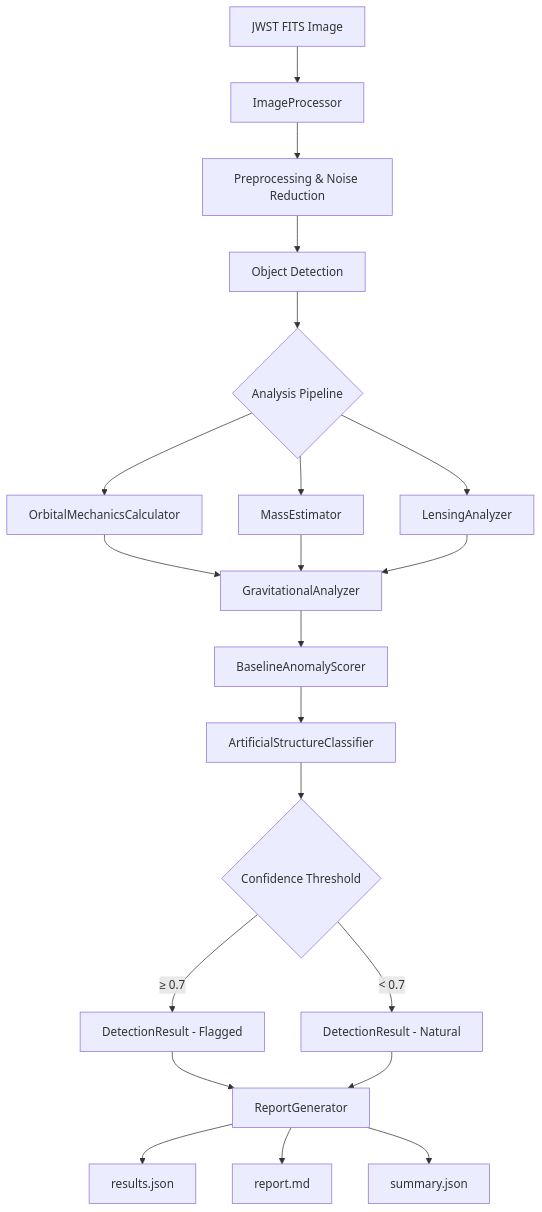
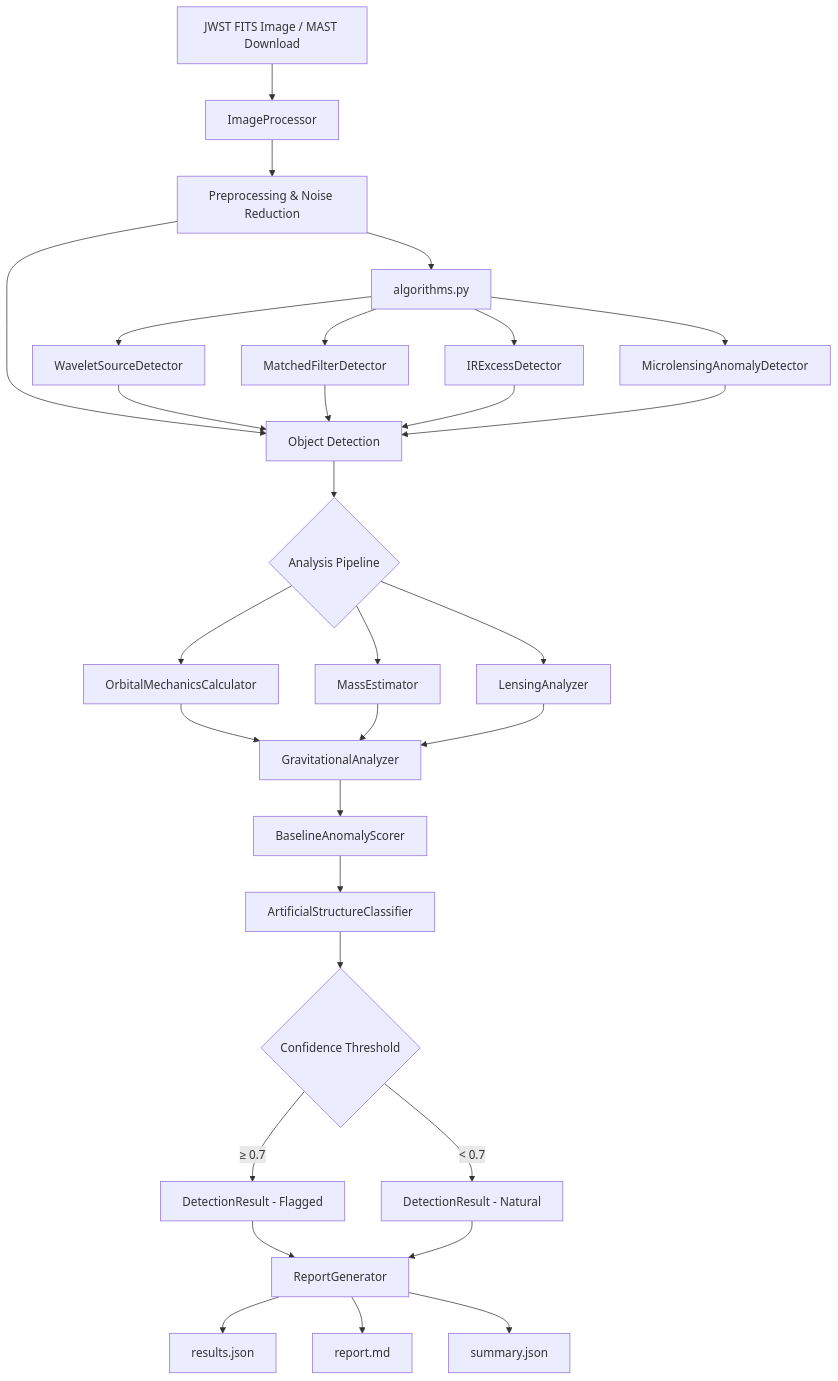
One commit to hkevin01/cosmic-anomaly-detector changed the first of 5 diagrams in README.md. Above: the diagram before and after it, drawn with Mermaid. The commit also changed other lines of this file and 2 other files, not shown here.

Commit message:
feat: Implement new detection algorithms and integrate into anomaly detection pipeline; add comprehensive tests for algorithm functionality

````diff
--- a/README.md
+++ b/README.md
@@ -81,20 +118,26 @@
 ```mermaid
 flowchart TD
-    A[JWST FITS Image] --> B[ImageProcessor]
+    A[JWST FITS Image / MAST Download] --> B[ImageProcessor]
     B --> C[Preprocessing & Noise Reduction]
     C --> D[Object Detection]
+    C --> W[algorithms.py]
+    W --> W1[WaveletSourceDetector]
+    W --> W2[MatchedFilterDetector]
+    W --> W3[IRExcessDetector]
+    W --> W4[MicrolensingAnomalyDetector]
+    W1 & W2 & W3 & W4 --> D
     D --> E{Analysis Pipeline}
     E --> F[OrbitalMechanicsCalculator]
     E --> G[MassEstimator]
     E --> H[LensingAnalyzer]
     F & G & H --> I[GravitationalAnalyzer]
     I --> J[BaselineAnomalyScorer]
     J --> K[ArtificialStructureClassifier]
     K --> L{Confidence Threshold}
     L -->|≥ 0.7| M[DetectionResult - Flagged]
     L -->|< 0.7| N[DetectionResult - Natural]
     M & N --> O[ReportGenerator]
     O --> P[results.json]
     O --> Q[report.md]
     O --> R[summary.json]
 ```
````
